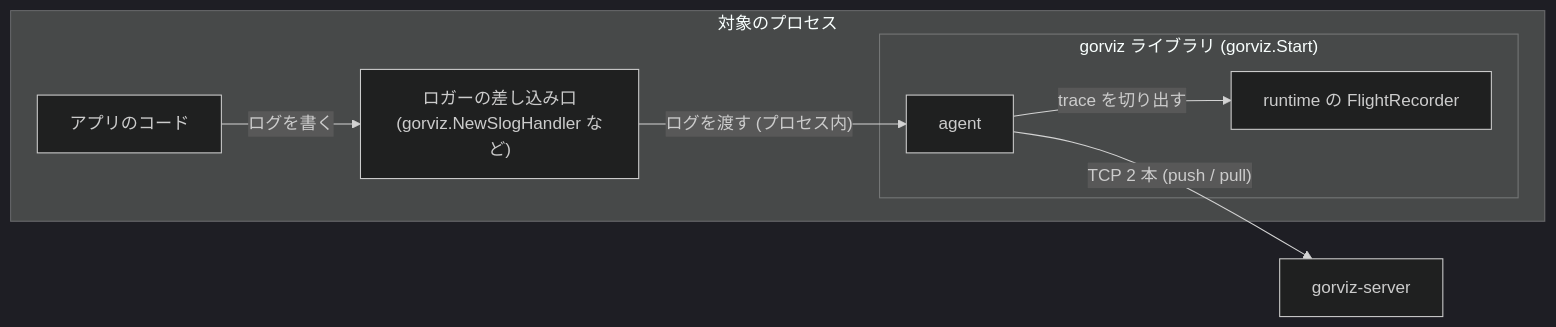
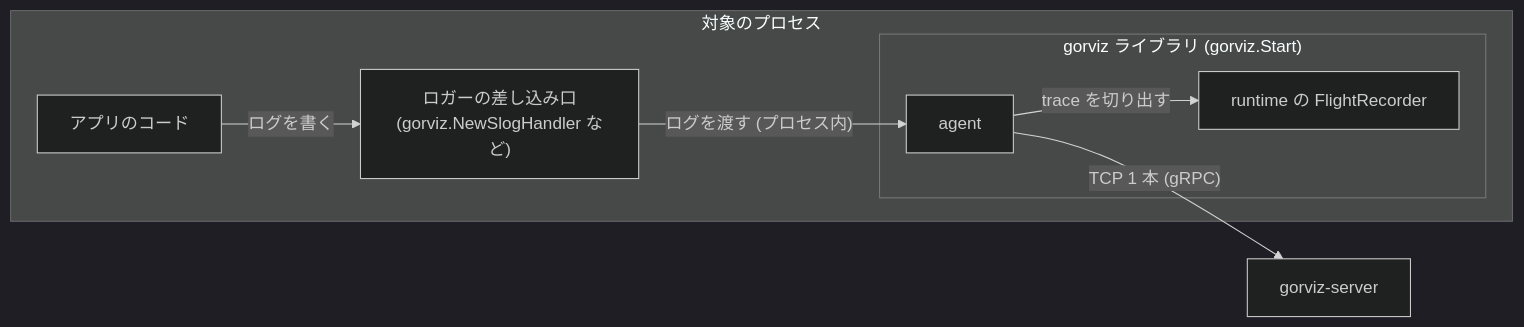
One commit to kakkky/gorviz changed the second of 4 diagrams in docs/design.md. Above: the diagram before and after it, drawn with Mermaid (dark theme). The commit also changed other lines of this file and 1 other file, not shown here.

Commit message:
docs: describe the design as of the poc, where the agent sends parsed trace chunks over one connection and the server keeps them and saves them around issues, with the retention plan

````diff
--- a/docs/design.md
+++ b/docs/design.md
@@ -92,17 +92,17 @@
 ```mermaid
 flowchart LR
     subgraph appproc["対象のプロセス"]
         app["アプリのコード"]
         h["ロガーの差し込み口<br/>(gorviz.NewSlogHandler など)"]
         subgraph lib["gorviz ライブラリ (gorviz.Start)"]
             agent["agent"]
             fr["runtime の FlightRecorder"]
         end
     end
     server["gorviz-server"]
 
     app -->|"ログを書く"| h
     h -->|"ログを渡す (プロセス内)"| agent
     agent -->|"trace を切り出す"| fr
-    agent -->|"TCP 2 本 (push / pull)"| server
+    agent -->|"TCP 1 本 (gRPC)"| server
 ```
````
